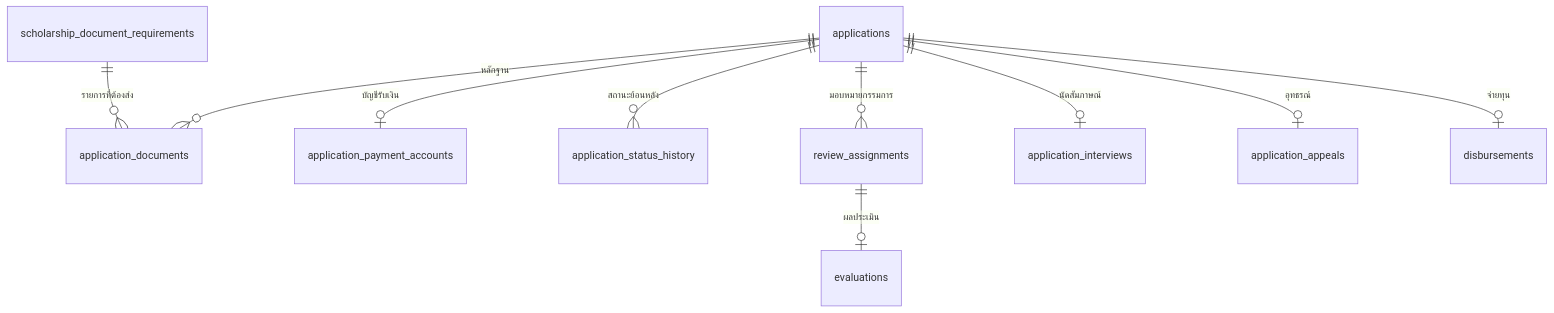
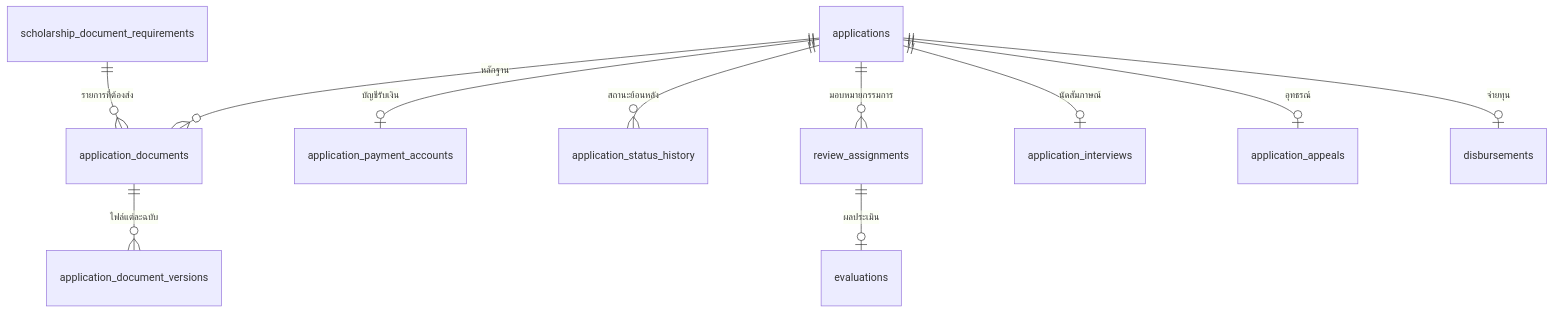
Before and after one commit to pakornbu-lang/coe-next: the second of 3 diagrams in docs/database-map.md, drawn with Mermaid. The commit also changed other lines of this file and 18 other files, not shown here.

````diff
--- a/docs/database-map.md
+++ b/docs/database-map.md
@@ -20,12 +20,13 @@
 ```mermaid
 erDiagram
   applications ||--o{ application_documents : "หลักฐาน"
+  application_documents ||--o{ application_document_versions : "ไฟล์แต่ละฉบับ"
   scholarship_document_requirements ||--o{ application_documents : "รายการที่ต้องส่ง"
   applications ||--o| application_payment_accounts : "บัญชีรับเงิน"
   applications ||--o{ application_status_history : "สถานะย้อนหลัง"
   applications ||--o{ review_assignments : "มอบหมายกรรมการ"
   review_assignments ||--o| evaluations : "ผลประเมิน"
   applications ||--o| application_interviews : "นัดสัมภาษณ์"
   applications ||--o| application_appeals : "อุทธรณ์"
   applications ||--o| disbursements : "จ่ายทุน"
 ```
````
